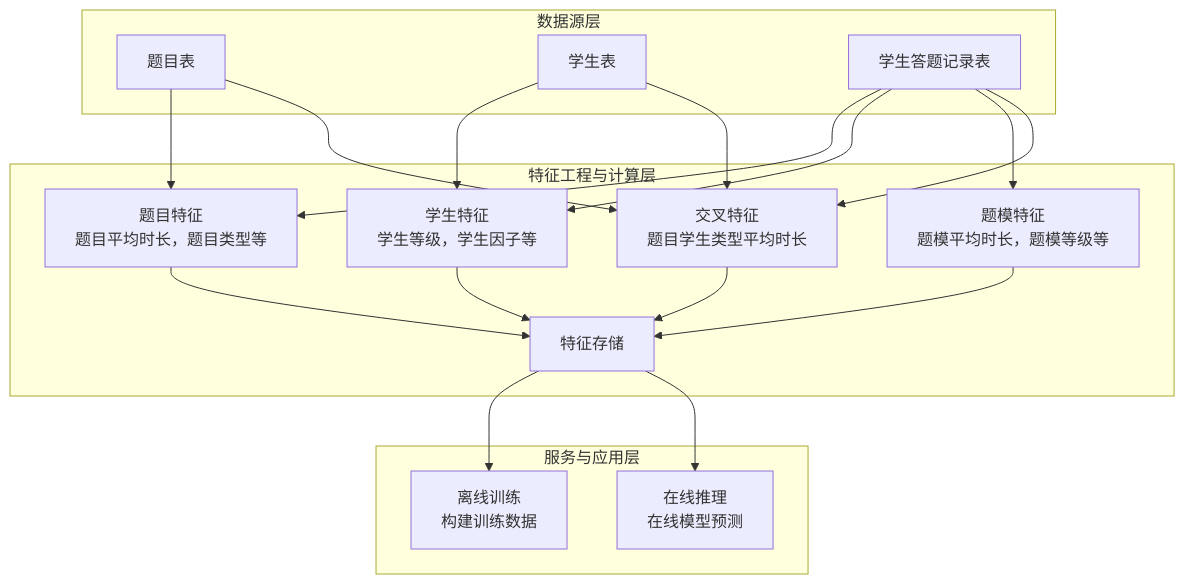
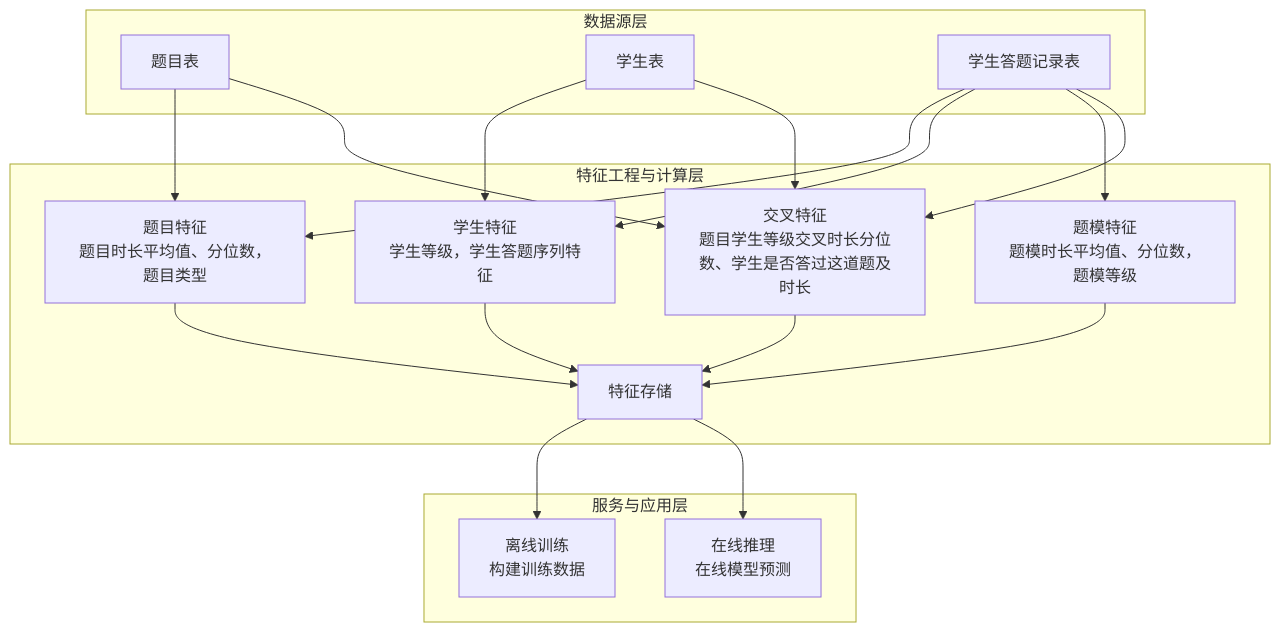
The diagram in README.md (XiangziMeng/deep_learning), drawn with Mermaid before and after one commit.

````diff
--- a/README.md
+++ b/README.md
@@ -3,42 +3,42 @@
 ```mermaid
 flowchart TD
     %% 数据源层
     subgraph A [数据源层]
         A1[题目表]
         A2[学生表]
         A3[学生答题记录表]
     end
 
     %% 特征工程层
     subgraph B [特征工程与计算层]
-        B1[题目特征<br>题目平均时长，题目类型等]
-        B2[学生特征<br>学生等级，学生因子等]
-        B3[题模特征<br>题模平均时长，题模等级等]
-        B4[交叉特征<br>题目学生类型平均时长]
+        B1[题目特征<br>题目时长平均值、分位数，题目类型]
+        B2[学生特征<br>学生等级，学生答题序列特征]
+        B3[题模特征<br>题模时长平均值、分位数，题模等级]
+        B4[交叉特征<br>题目学生等级交叉时长分位数、学生是否答过这道题及时长]
         B5[特征存储]
     end
 
     %% 服务应用层
     subgraph C [服务与应用层]
         C1[离线训练<br>构建训练数据]
         C2[在线推理<br>在线模型预测]
     end
 
     %% 数据流
     A1 --> B1
     A3 --> B1
     A2 --> B2
     A3 --> B2
     A3 --> B3
     A1 --> B4
     A2 --> B4
     A3 --> B4
 
     B1 --> B5
     B2 --> B5
     B3 --> B5
     B4 --> B5
 
     B5 --> C1
     B5 --> C2
 ```
````
